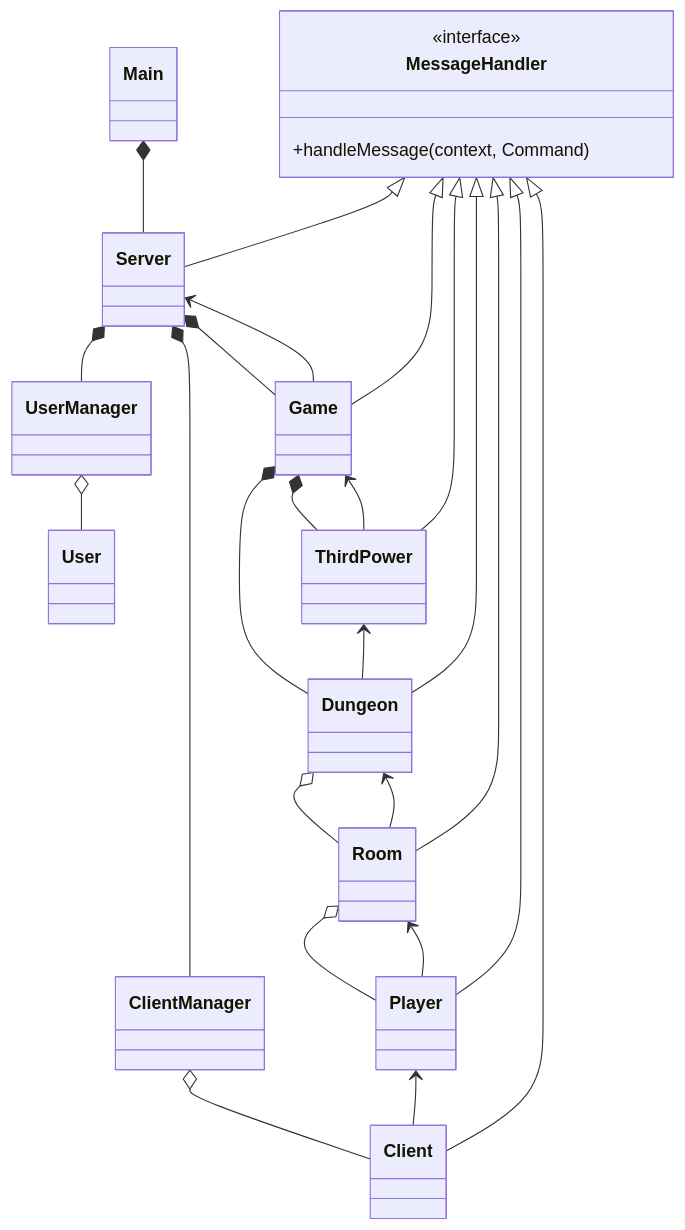
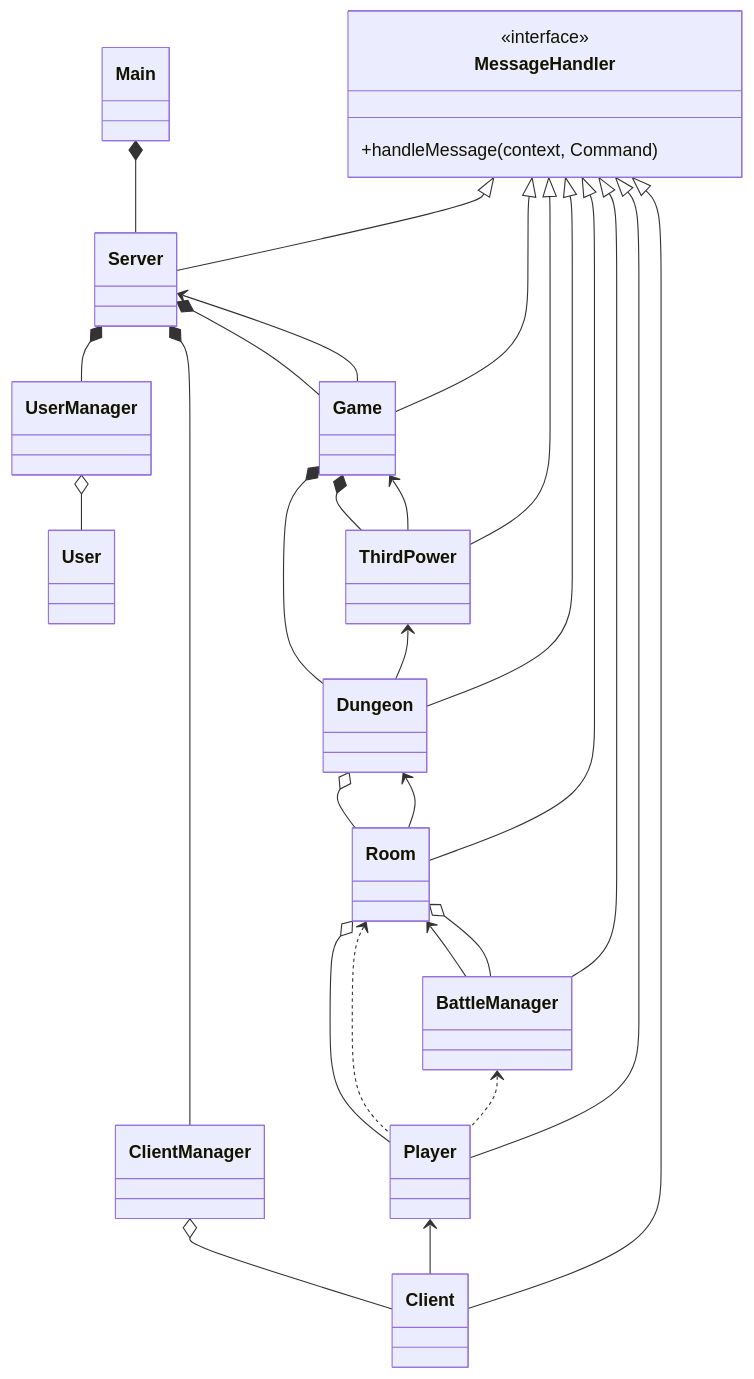
The first of 2 diagrams in gameserver/src/main/java/com/lhf/server/serverDesign.md (GeenDutchman/LHF-MUD), drawn with Mermaid before and after one commit.

Commit message:
The BattleManager intercepts

````diff
--- a/gameserver/src/main/java/com/lhf/server/serverDesign.md
+++ b/gameserver/src/main/java/com/lhf/server/serverDesign.md
@@ -1,52 +1,57 @@
 ```mermaid
 classDiagram
     class MessageHandler
     <<interface>> MessageHandler
     MessageHandler: +handleMessage(context, Command)
     class Main
     class Server
     class UserManager
     class User
     class ClientManager
     class Client
     class Game
     class ThirdPower
     class Dungeon
     class Room
-    class Player   
-    
+    class Player
+    class BattleManager    
 
     Main *-- Server
 
     Server *-- UserManager
     Server *-- ClientManager
     Server *-- Game
 
     ClientManager o-- Client
 
     UserManager o-- User
 
     Game *-- ThirdPower
 
     Game *-- Dungeon
 
     Dungeon o-- Room
 
     Room o-- Player
 
     Player <-- Client
-    Room <-- Player
+    Room <.. Player
+    Room <-- BattleManager
+    BattleManager <.. Player
     Dungeon <-- Room
     ThirdPower <-- Dungeon
     Game <-- ThirdPower
-    Server <-- Game
+    Server <-- Game    
 
+    Room o-- BattleManager
+    
+    MessageHandler <|-- BattleManager
     MessageHandler <|-- Player
     MessageHandler <|-- Room
     MessageHandler <|-- Dungeon
     MessageHandler <|-- ThirdPower
     MessageHandler <|-- Game
     MessageHandler <|-- Server
     MessageHandler <|-- Client
 
 ```
````
